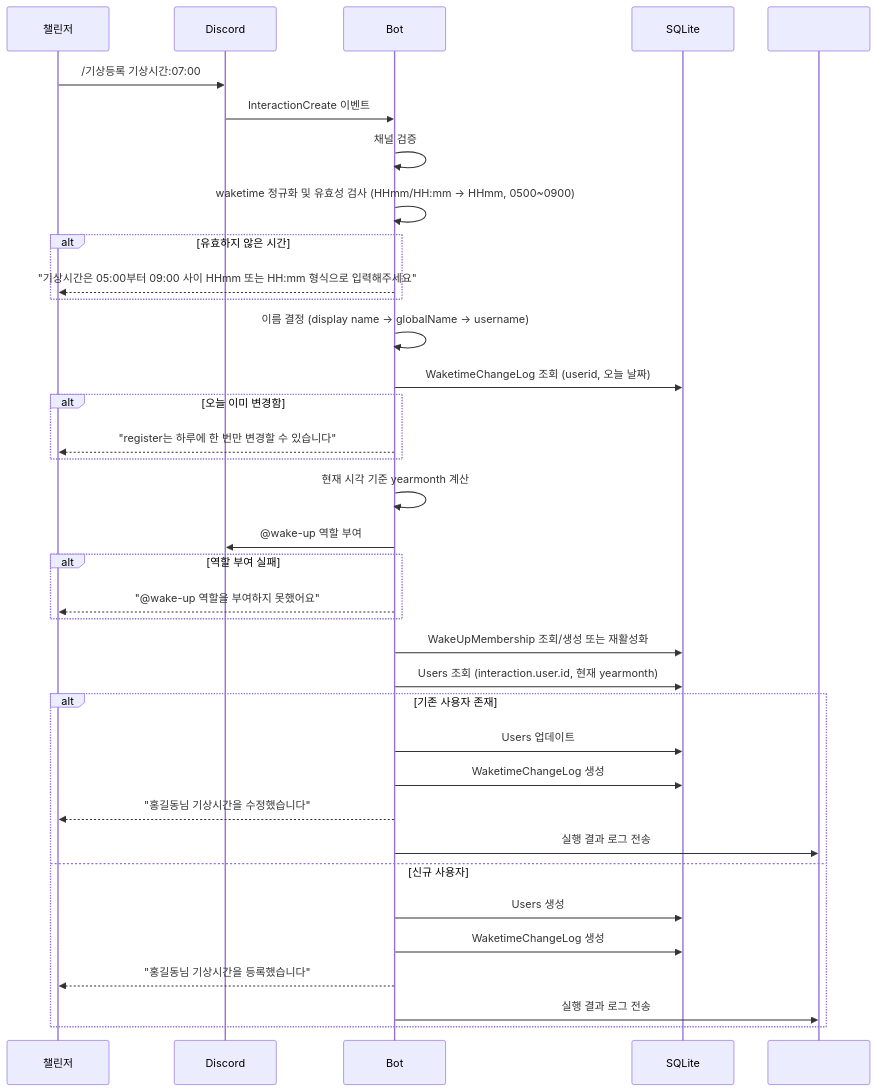
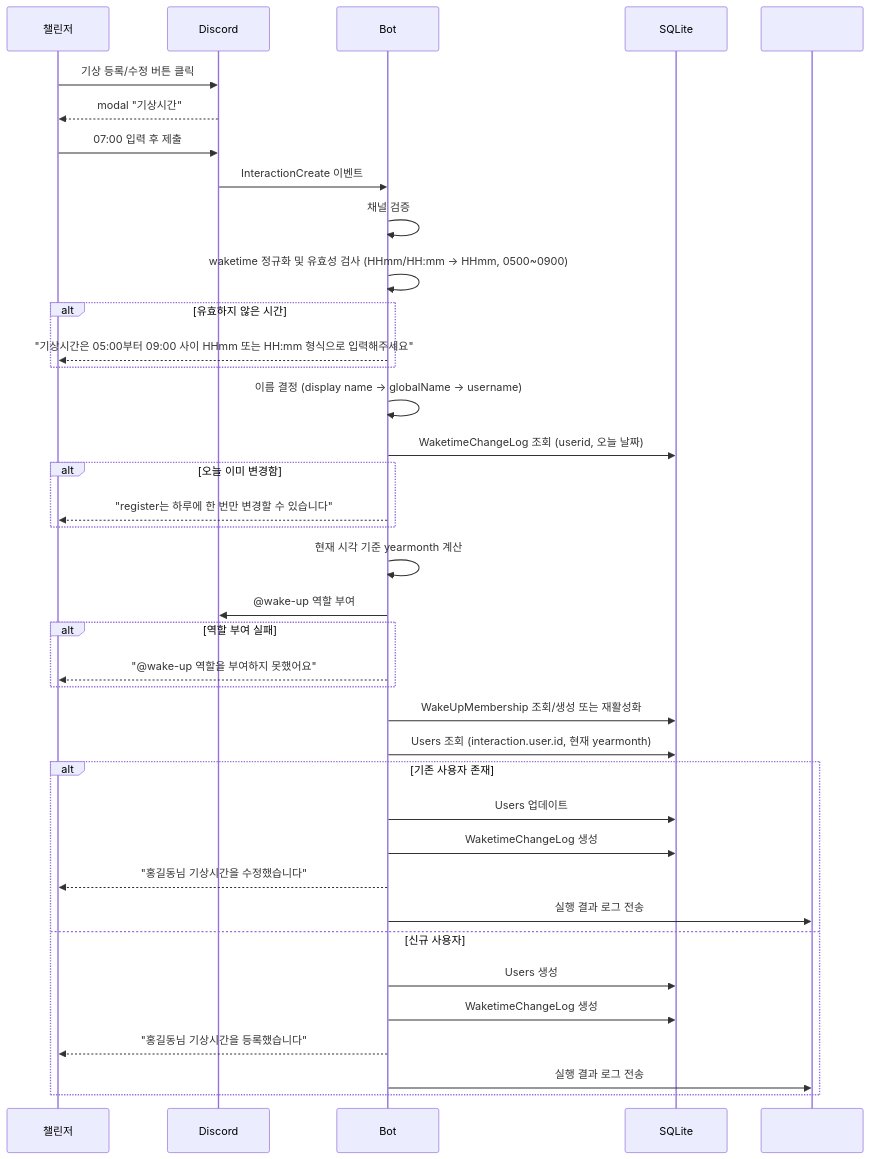
One commit to honki12345/haruharu-discord-bot changed the sixth of 20 diagrams in docs/USER_STORIES.md. Above: the diagram before and after it, drawn with Mermaid. The commit also changed other lines of this file and 11 other files, not shown here.

````diff
--- a/docs/USER_STORIES.md
+++ b/docs/USER_STORIES.md
@@ -218,46 +220,48 @@
 ```mermaid
 sequenceDiagram
     participant U as 챌린저
     participant D as Discord
     participant B as Bot
     participant DB as SQLite
     participant T as #test
 
-    U->>D: /기상등록 기상시간:07:00
+    U->>D: 기상 등록/수정 버튼 클릭
+    D-->>U: modal "기상시간"
+    U->>D: 07:00 입력 후 제출
 
     D->>B: InteractionCreate 이벤트
     B->>B: 채널 검증
 
     B->>B: waketime 정규화 및 유효성 검사 (HHmm/HH:mm -> HHmm, 0500~0900)
     alt 유효하지 않은 시간
         B-->>U: "기상시간은 05:00부터 09:00 사이 HHmm 또는 HH:mm 형식으로 입력해주세요"
     end
 
     B->>B: 이름 결정 (display name -> globalName -> username)
 
     B->>DB: WaketimeChangeLog 조회 (userid, 오늘 날짜)
     alt 오늘 이미 변경함
         B-->>U: "register는 하루에 한 번만 변경할 수 있습니다"
     end
 
     B->>B: 현재 시각 기준 yearmonth 계산
     B->>D: @wake-up 역할 부여
     alt 역할 부여 실패
         B-->>U: "@wake-up 역할을 부여하지 못했어요"
     end
 
     B->>DB: WakeUpMembership 조회/생성 또는 재활성화
     B->>DB: Users 조회 (interaction.user.id, 현재 yearmonth)
 
     alt 기존 사용자 존재
         B->>DB: Users 업데이트
         B->>DB: WaketimeChangeLog 생성
         B-->>U: "홍길동님 기상시간을 수정했습니다"
         B->>T: 실행 결과 로그 전송
     else 신규 사용자
         B->>DB: Users 생성
         B->>DB: WaketimeChangeLog 생성
         B-->>U: "홍길동님 기상시간을 등록했습니다"
         B->>T: 실행 결과 로그 전송
     end
 ```
````
